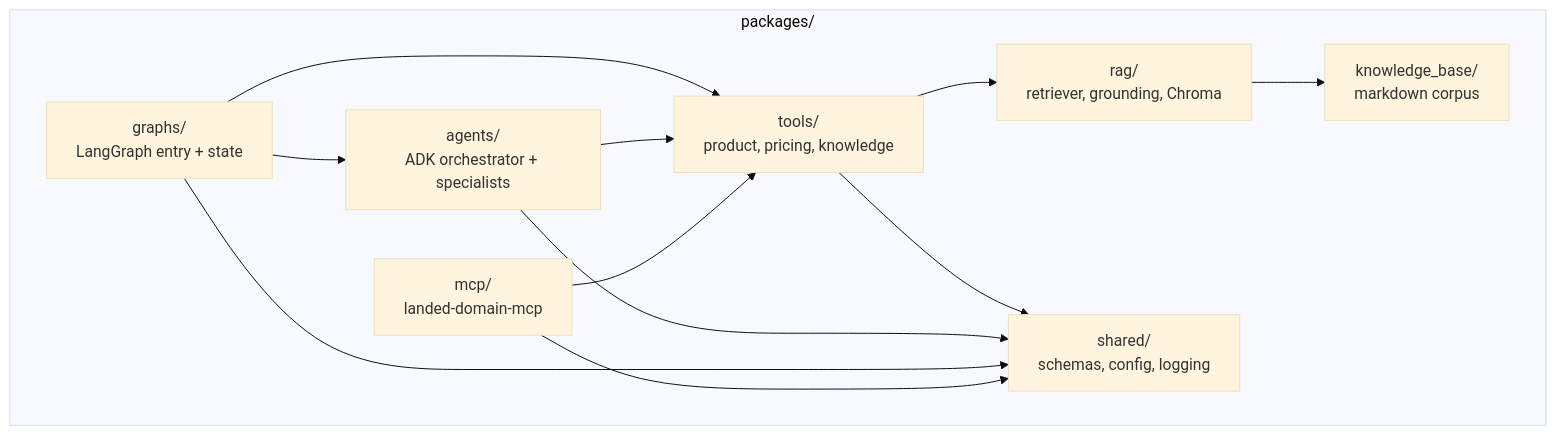
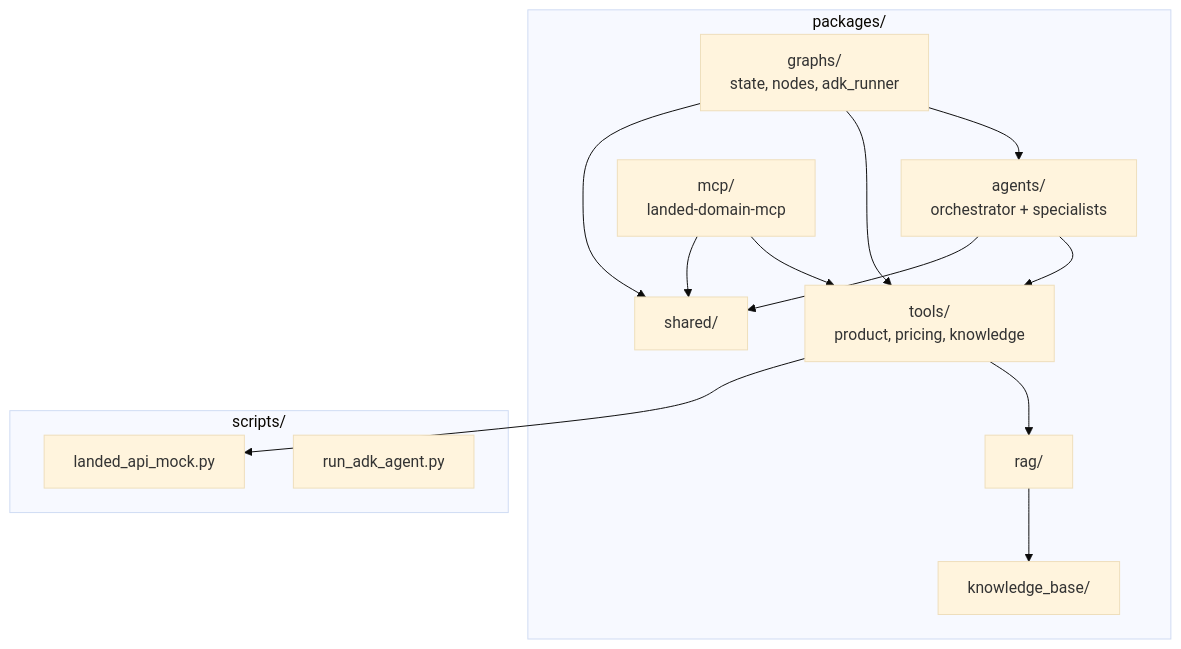
The tenth of 10 diagrams in docs/architecture-diagram.md (luisfm44/landed-agent), drawn with Mermaid (base theme) before and after one commit. The commit also changed other lines of this file and 7 other files, not shown here.

First line of the commit message:
Wire LangGraph to ADK and refresh architecture documentation.

````diff
--- a/docs/architecture-diagram.md
+++ b/docs/architecture-diagram.md
@@ -264,23 +251,28 @@
 ```mermaid
 flowchart TB
     subgraph packages [packages/]
-        GRAPHS[graphs/<br/>LangGraph entry + state]
-        AGENTS[agents/<br/>ADK orchestrator + specialists]
+        GRAPHS[graphs/<br/>state, nodes, adk_runner]
+        AGENTS[agents/<br/>orchestrator + specialists]
         MCP[mcp/<br/>landed-domain-mcp]
         TOOLS[tools/<br/>product, pricing, knowledge]
-        KB[knowledge_base/<br/>markdown corpus]
-        RAG[rag/<br/>retriever, grounding, Chroma]
-        SHARED[shared/<br/>schemas, config, logging]
+        KB[knowledge_base/]
+        RAG[rag/]
+        SHARED[shared/]
+    end
+
+    subgraph scripts [scripts/]
+        MOCK[landed_api_mock.py]
+        ADKDEV[run_adk_agent.py]
     end
 
     GRAPHS --> AGENTS
     GRAPHS --> TOOLS
     AGENTS --> TOOLS
     MCP --> TOOLS
     TOOLS --> RAG
-    TOOLS --> SHARED
+    TOOLS --> MOCK
     RAG --> KB
+    GRAPHS --> SHARED
     AGENTS --> SHARED
-    GRAPHS --> SHARED
     MCP --> SHARED
 ```
````
